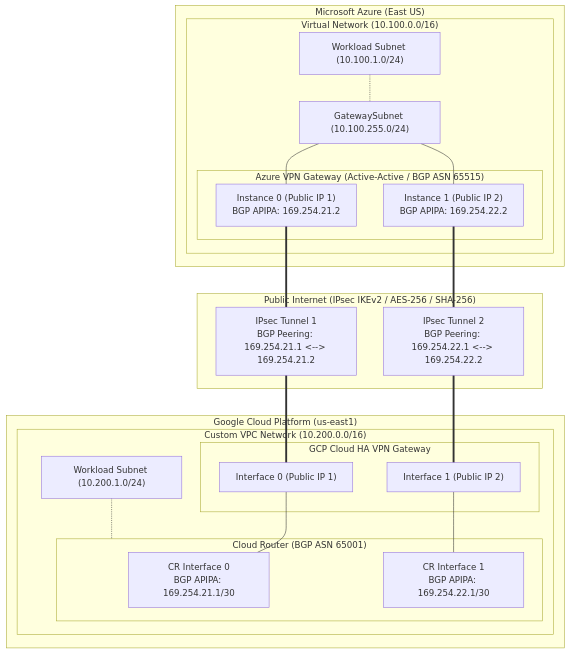
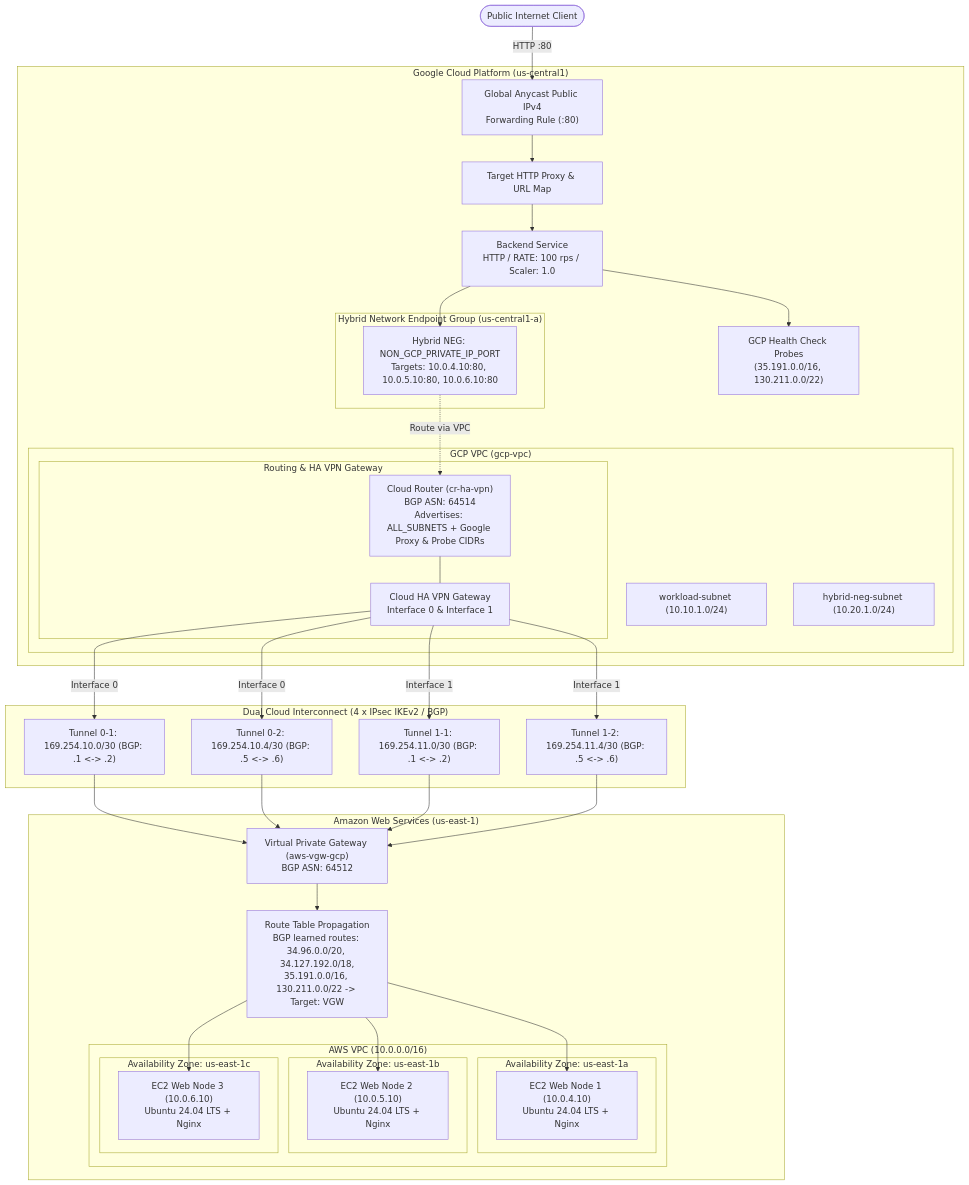
Before and after one commit to mmdcloud/gcp-hybrid-neg: the diagram in README.md, drawn with Mermaid. The commit also changed other lines of this file and 48 other files, not shown here.

First line of the commit message:
feat: Add support for Global, Regional, and Zonal Network Endpoint Groups in GCP

````diff
--- a/README.md
+++ b/README.md
@@ -16,41 +39,72 @@
 ```mermaid
 flowchart TD
-    subgraph Azure["Microsoft Azure (East US)"]
-        subgraph VNet["Virtual Network (10.100.0.0/16)"]
-            WorkloadSubnet["Workload Subnet (10.100.1.0/24)"]
-            GatewaySubnet["GatewaySubnet (10.100.255.0/24)"]
-            subgraph VNG["Azure VPN Gateway (Active-Active / BGP ASN 65515)"]
-                AzInst0["Instance 0 (Public IP 1)<br/>BGP APIPA: 169.254.21.2"]
-                AzInst1["Instance 1 (Public IP 2)<br/>BGP APIPA: 169.254.22.2"]
+    Client(["Public Internet Client"])
+
+    subgraph GCP["Google Cloud Platform (us-central1)"]
+        VIP["Global Anycast Public IPv4<br/>Forwarding Rule (:80)"]
+        TargetProxy["Target HTTP Proxy & URL Map"]
+        BackendService["Backend Service<br/>HTTP / RATE: 100 rps / Scaler: 1.0"]
+        HealthCheck["GCP Health Check Probes<br/>(35.191.0.0/16, 130.211.0.0/22)"]
+
+        subgraph GCP_NEG["Hybrid Network Endpoint Group (us-central1-a)"]
+            NEG["Hybrid NEG: NON_GCP_PRIVATE_IP_PORT<br/>Targets: 10.0.4.10:80, 10.0.5.10:80, 10.0.6.10:80"]
+        end
+
+        subgraph GCP_VPC["GCP VPC (gcp-vpc)"]
+            WorkloadSubnet["workload-subnet (10.10.1.0/24)"]
+            HybridSubnet["hybrid-neg-subnet (10.20.1.0/24)"]
+            
+            subgraph GCP_ROUTING["Routing & HA VPN Gateway"]
+                CloudRouter["Cloud Router (cr-ha-vpn)<br/>BGP ASN: 64514<br/>Advertises: ALL_SUBNETS + Google Proxy & Probe CIDRs"]
+                HAVPNGw["Cloud HA VPN Gateway<br/>Interface 0 & Interface 1"]
             end
         end
     end
 
-    subgraph Internet["Public Internet (IPsec IKEv2 / AES-256 / SHA-256)"]
-        Tunnel1["IPsec Tunnel 1<br/>BGP Peering: 169.254.21.1 <--> 169.254.21.2"]
-        Tunnel2["IPsec Tunnel 2<br/>BGP Peering: 169.254.22.1 <--> 169.254.22.2"]
+    subgraph WAN["Dual Cloud Interconnect (4 x IPsec IKEv2 / BGP)"]
+        T01["Tunnel 0-1: 169.254.10.0/30 (BGP: .1 <-> .2)"]
+        T02["Tunnel 0-2: 169.254.10.4/30 (BGP: .5 <-> .6)"]
+        T11["Tunnel 1-1: 169.254.11.0/30 (BGP: .1 <-> .2)"]
+        T12["Tunnel 1-2: 169.254.11.4/30 (BGP: .5 <-> .6)"]
     end
 
-    subgraph GCP["Google Cloud Platform (us-east1)"]
-        subgraph VPC["Custom VPC Network (10.200.0.0/16)"]
-            GcpSubnet["Workload Subnet (10.200.1.0/24)"]
-            subgraph HAVPN["GCP Cloud HA VPN Gateway"]
-                GcpInt0["Interface 0 (Public IP 1)"]
-                GcpInt1["Interface 1 (Public IP 2)"]
+    subgraph AWS["Amazon Web Services (us-east-1)"]
+        VGW["Virtual Private Gateway (aws-vgw-gcp)<br/>BGP ASN: 64512"]
+        RouteTable["Route Table Propagation<br/>BGP learned routes: 34.96.0.0/20, 34.127.192.0/18,<br/>35.191.0.0/16, 130.211.0.0/22 -> Target: VGW"]
+        
+        subgraph AWS_VPC["AWS VPC (10.0.0.0/16)"]
+            subgraph AZ1["Availability Zone: us-east-1a"]
+                EC2_1["EC2 Web Node 1 (10.0.4.10)<br/>Ubuntu 24.04 LTS + Nginx"]
             end
-            subgraph CloudRouter["Cloud Router (BGP ASN 65001)"]
-                CR_If0["CR Interface 0<br/>BGP APIPA: 169.254.21.1/30"]
-                CR_If1["CR Interface 1<br/>BGP APIPA: 169.254.22.1/30"]
+            subgraph AZ2["Availability Zone: us-east-1b"]
+                EC2_2["EC2 Web Node 2 (10.0.5.10)<br/>Ubuntu 24.04 LTS + Nginx"]
+            end
+            subgraph AZ3["Availability Zone: us-east-1c"]
+                EC2_3["EC2 Web Node 3 (10.0.6.10)<br/>Ubuntu 24.04 LTS + Nginx"]
             end
         end
     end
 
-    AzInst0 === Tunnel1 === GcpInt0
-    AzInst1 === Tunnel2 === GcpInt1
-    GcpInt0 --- CR_If0
-    GcpInt1 --- CR_If1
-    WorkloadSubnet -.- GatewaySubnet
-    GatewaySubnet --- AzInst0
-    GatewaySubnet --- AzInst1
-    GcpSubnet -.- CloudRouter
+    Client -->|HTTP :80| VIP
+    VIP --> TargetProxy
+    TargetProxy --> BackendService
+    BackendService --> HealthCheck
+    BackendService --> NEG
+    NEG -.->|Route via VPC| CloudRouter
+    CloudRouter --- HAVPNGw
+
+    HAVPNGw -->|Interface 0| T01
+    HAVPNGw -->|Interface 0| T02
+    HAVPNGw -->|Interface 1| T11
+    HAVPNGw -->|Interface 1| T12
+
+    T01 --> VGW
+    T02 --> VGW
+    T11 --> VGW
+    T12 --> VGW
+
+    VGW --> RouteTable
+    RouteTable --> EC2_1
+    RouteTable --> EC2_2
+    RouteTable --> EC2_3
 ```
````
